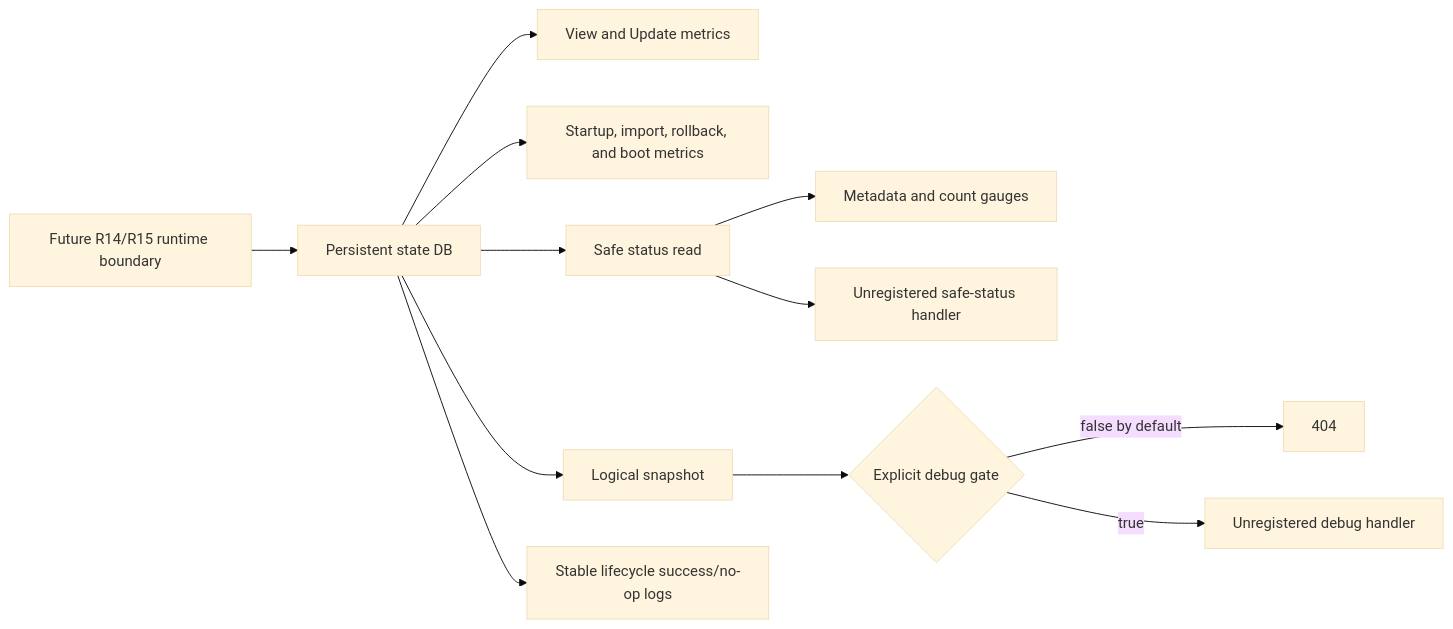
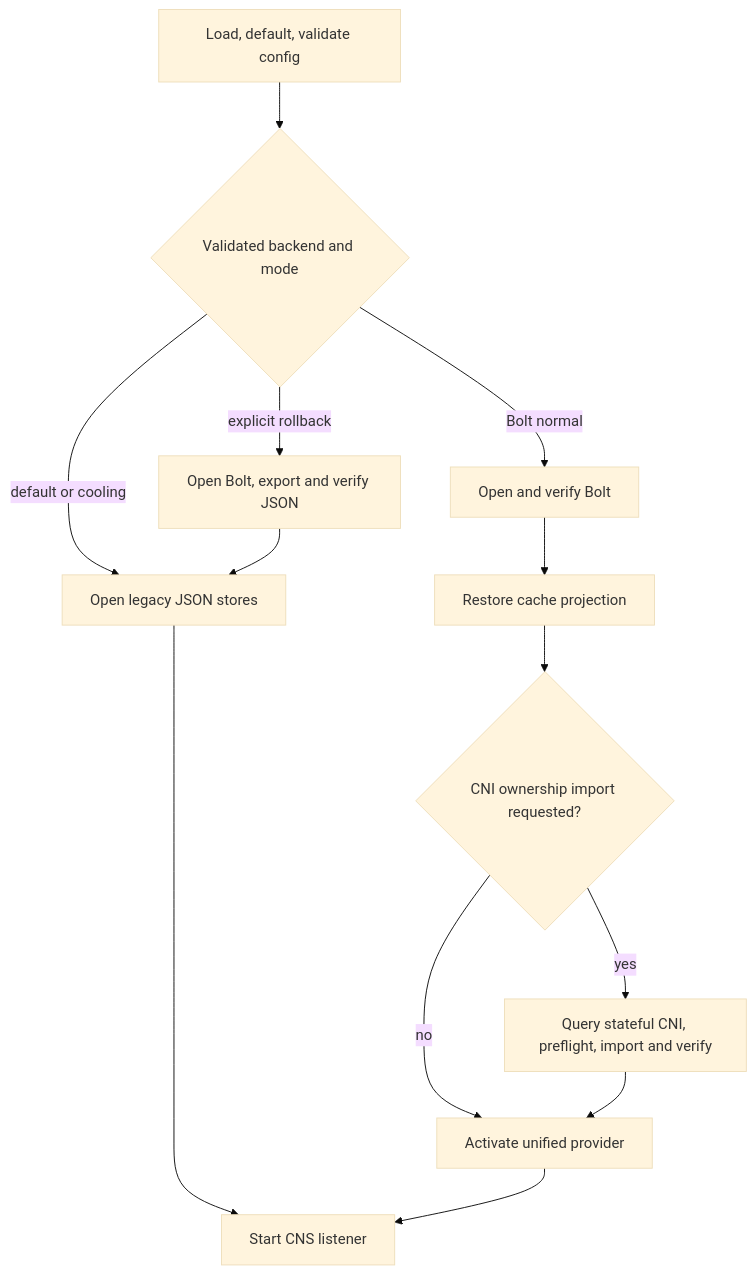
Before and after one commit to Azure/azure-container-networking: the diagram in docs/persistent-state-observability.md, drawn with Mermaid (base theme). The commit also changed other lines of this file and 34 other files, not shown here.

Commit message:
feat(cns): enable CNS-owned Bolt state

````diff
--- a/docs/persistent-state-observability.md
+++ b/docs/persistent-state-observability.md
@@ -7,14 +9,15 @@
 ```mermaid
-flowchart LR
-    Caller[Future R14/R15 runtime boundary] --> DB[Persistent state DB]
-    DB --> Tx[View and Update metrics]
-    DB --> Life[Startup, import, rollback, and boot metrics]
-    DB --> Status[Safe status read]
-    Status --> Gauges[Metadata and count gauges]
-    Status --> SafeHandler[Unregistered safe-status handler]
-    DB --> Snapshot[Logical snapshot]
-    Snapshot --> Gate{Explicit debug gate}
-    Gate -->|false by default| NotFound[404]
-    Gate -->|true| DebugHandler[Unregistered debug handler]
-    DB --> Logs[Stable lifecycle success/no-op logs]
+flowchart TD
+    Config[Load, default, validate config] --> Choice{Validated backend and mode}
+    Choice -->|default or cooling| JSON[Open legacy JSON stores]
+    Choice -->|Bolt normal| Bolt[Open and verify Bolt]
+    Choice -->|explicit rollback| Export[Open Bolt, export and verify JSON]
+    Bolt --> Restore[Restore cache projection]
+    Restore --> Import{CNI ownership import requested?}
+    Import -->|no| Unified[Activate unified provider]
+    Import -->|yes| Preflight[Query stateful CNI, preflight, import and verify]
+    Preflight --> Unified
+    Export --> JSON
+    JSON --> Listener[Start CNS listener]
+    Unified --> Listener
 ```
````
